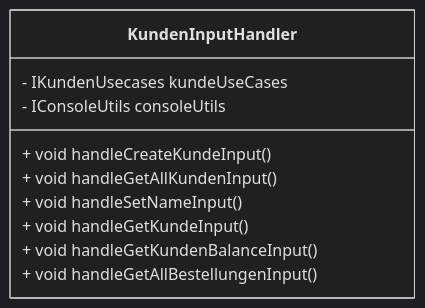
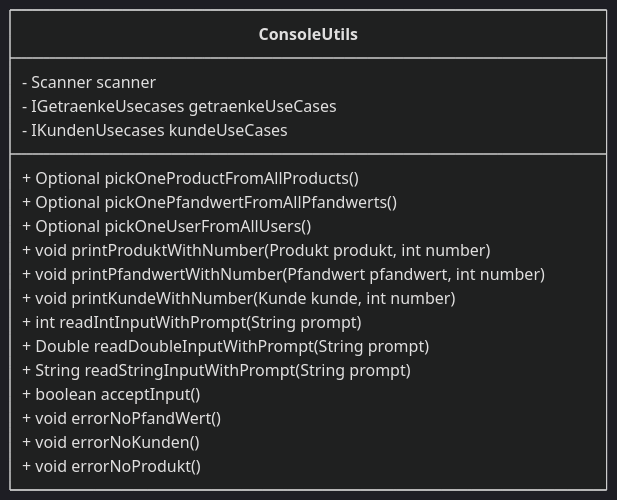
Diagram 16 of 23 in README.md (Gamagu/ase_getraenke), drawn with Mermaid (dark theme) before and after one commit. The commit also changed other lines of this file and 1 other file, not shown here.

````diff
--- a/README.md
+++ b/README.md
@@ -571,14 +575,22 @@
 ```mermaid 
 classDiagram
-	class KundenInputHandler {
+class ConsoleUtils {
+		- Scanner scanner
+		- IGetraenkeUsecases getraenkeUseCases
 		- IKundenUsecases kundeUseCases
-		- IConsoleUtils consoleUtils
 
-		+ void handleCreateKundeInput()
-		+ void handleGetAllKundenInput()
-		+ void handleSetNameInput()
-		+ void handleGetKundeInput()
-		+ void handleGetKundenBalanceInput()
-		+ void handleGetAllBestellungenInput()
+		+ Optional pickOneProductFromAllProducts()
+		+ Optional pickOnePfandwertFromAllPfandwerts()
+		+ Optional pickOneUserFromAllUsers()
+		+ void printProduktWithNumber(Produkt produkt, int number)
+		+ void printPfandwertWithNumber(Pfandwert pfandwert, int number)
+		+ void printKundeWithNumber(Kunde kunde, int number)
+		+ int readIntInputWithPrompt(String prompt)
+		+ Double readDoubleInputWithPrompt(String prompt)
+		+ String readStringInputWithPrompt(String prompt)
+		+ boolean acceptInput()
+		+ void errorNoPfandWert()
+		+ void errorNoKunden()
+		+ void errorNoProdukt()
 	}	
 ```
````
